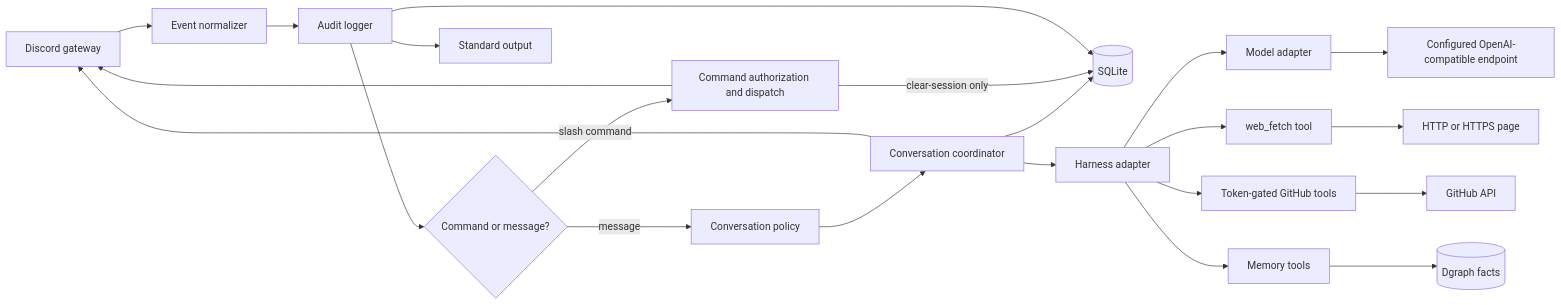
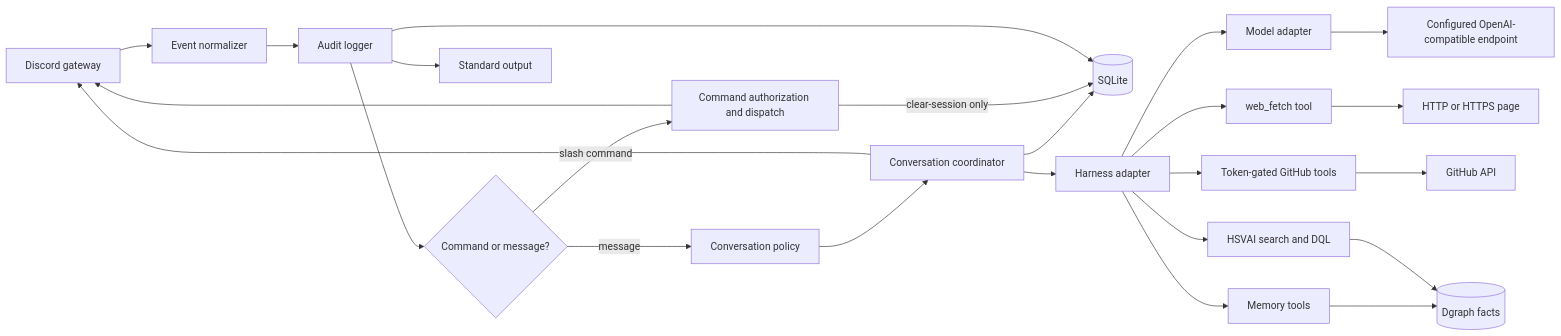
Before and after one commit to HSV-AI/artemis: the diagram in design/rebuild-guide.md, drawn with Mermaid. The commit also changed other lines of this file and 21 other files, not shown here.

````diff
--- a/design/rebuild-guide.md
+++ b/design/rebuild-guide.md
@@ -42,24 +42,26 @@
 ```mermaid
 flowchart LR
     Discord[Discord gateway] --> Normalize[Event normalizer]
     Normalize --> Audit[Audit logger]
     Audit --> Route{Command or message?}
     Route -->|slash command| Commands[Command authorization and dispatch]
     Route -->|message| Policy[Conversation policy]
     Policy --> Sessions[Conversation coordinator]
     Sessions --> Store[(SQLite)]
     Sessions --> Harness[Harness adapter]
     Harness --> Model[Model adapter]
     Harness --> WebFetch[web_fetch tool]
     Harness --> GitHubTools[Token-gated GitHub tools]
     Harness --> MemoryTools[Memory tools]
+    Harness --> KnowledgeTools[HSVAI search and DQL]
     WebFetch --> Web[HTTP or HTTPS page]
     GitHubTools --> GitHubAPI[GitHub API]
     MemoryTools --> Dgraph[(Dgraph facts)]
+    KnowledgeTools --> Dgraph
     Model --> Provider[Configured OpenAI-compatible endpoint]
     Commands -- clear-session only --> Store
     Commands --> Discord
     Sessions --> Discord
     Audit --> Console[Standard output]
     Audit --> Store
 ```
````
